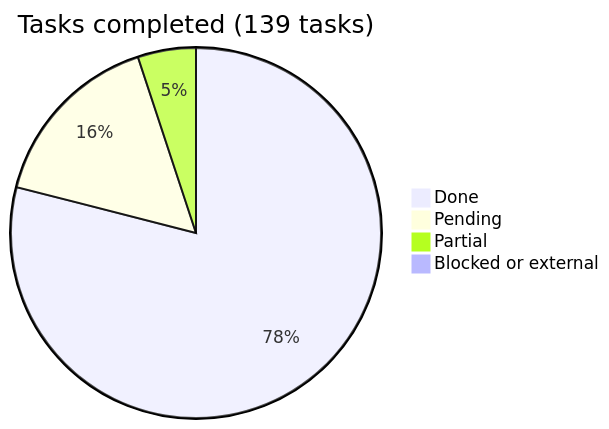
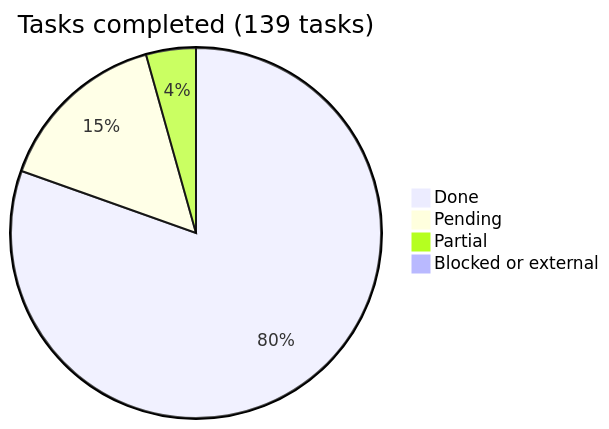
The diagram in docs/roadmap/README.md (araguaney-lat/araguaney-app), drawn with Mermaid before and after one commit. The commit also changed other lines of this file and 1 other file, not shown here.

Commit message:
docs(roadmap): phase 08 closes
Both remaining tasks finished today.

Crash reporting: the release workflow uploads the symbols and creates the
Sentry release, verified end to end -- three architectures uploaded and
lat.araguaney.araguaney_app@1.0.0+2 finalised, with the release name matching
what the application builds at runtime.

Store listing: copy in docs/release/store-listing.md, five screenshots from a
real session against production, a feature graphic and the 512 icon. Pasting
them into the console is the publisher's step, not the repository's.

The phase is 9 of 9. 139 tasks, 111 done.

````diff
--- a/docs/roadmap/README.md
+++ b/docs/roadmap/README.md
@@ -16,7 +16,7 @@
 ```mermaid
 pie title Tasks completed (139 tasks)
-    "Done" : 109
-    "Pending" : 22
-    "Partial" : 7
+    "Done" : 111
+    "Pending" : 21
+    "Partial" : 6
     "Blocked or external" : 1
 ```
````
